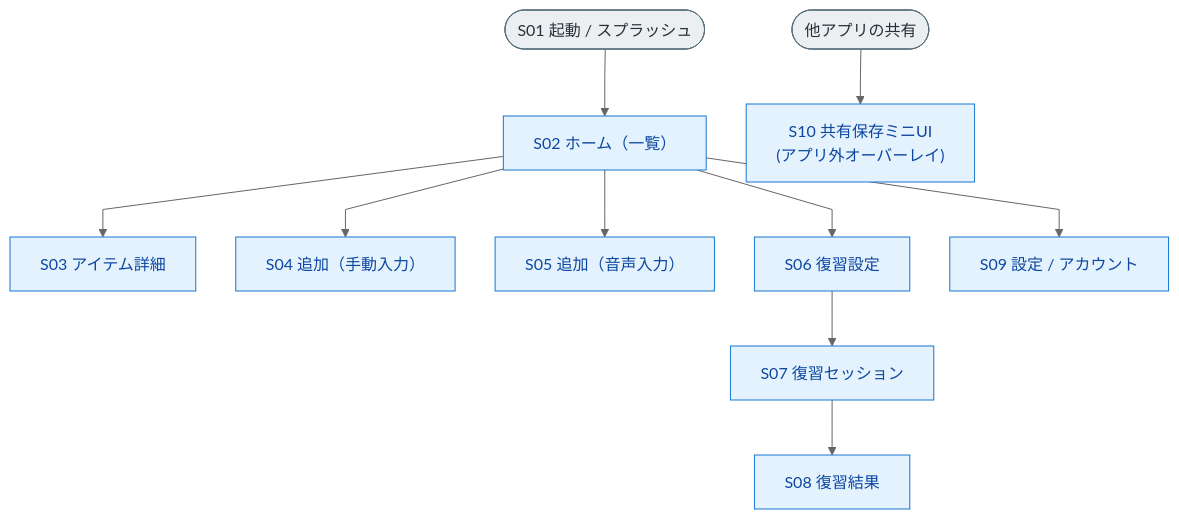
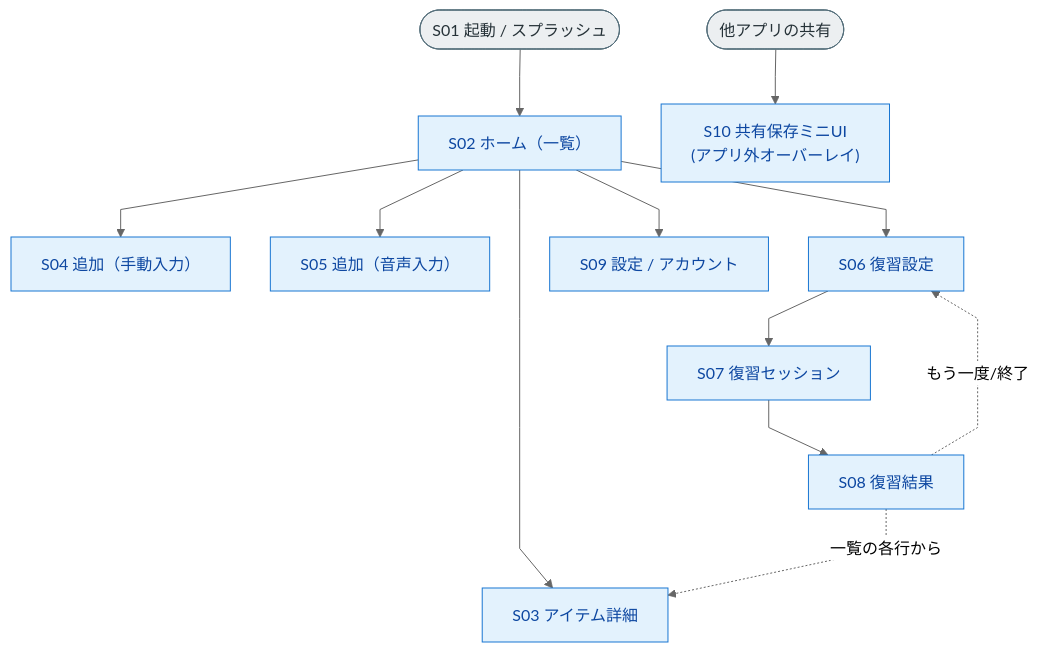
The diagram in docs/screen-list.md (komikonkon/Rakuku), drawn with Mermaid (neutral theme) before and after one commit. The commit also changed other lines of this file and 3 other files, not shown here.

````diff
--- a/docs/screen-list.md
+++ b/docs/screen-list.md
@@ -77,17 +77,19 @@
 ```mermaid
 %%{init: {'flowchart': {'curve': 'linear', 'nodeSpacing': 40, 'rankSpacing': 55}}}%%
 flowchart TD
     S01(["S01 起動 / スプラッシュ"]):::term --> S02
 
     S02["S02 ホーム（一覧）"]:::screen
     S02 --> S03["S03 アイテム詳細"]:::screen
     S02 --> S04["S04 追加（手動入力）"]:::screen
     S02 --> S05["S05 追加（音声入力）"]:::screen
     S02 --> S06["S06 復習設定"]:::screen --> S07["S07 復習セッション"]:::screen --> S08["S08 復習結果"]:::screen
+    S08 -.->|一覧の各行から| S03
+    S08 -.->|もう一度/終了| S06
     S02 --> S09["S09 設定 / アカウント"]:::screen
 
     Ext(["他アプリの共有"]):::term --> S10["S10 共有保存ミニUI<br/>(アプリ外オーバーレイ)"]:::screen
 
     classDef screen fill:#E3F2FD,stroke:#1976D2,color:#0D47A1;
     classDef term   fill:#ECEFF1,stroke:#546E7A,color:#263238;
 ```
````
